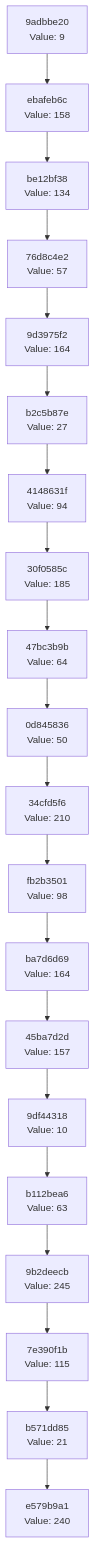
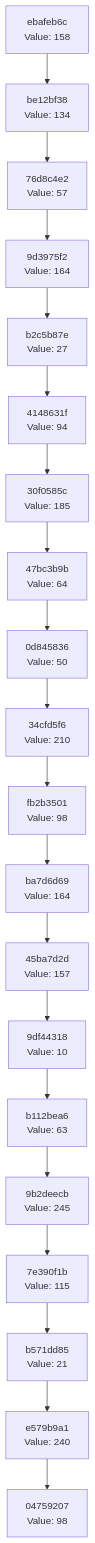
The diagram in docs/CHAIN_VISUALIZATION.md (Abhisheksinha1506/hash-chain-evolver), drawn with Mermaid before and after one commit. The commit also changed 2 other files, not shown here.

Commit message:
Evolution step: hash 0x62 → action executed

````diff
--- a/docs/CHAIN_VISUALIZATION.md
+++ b/docs/CHAIN_VISUALIZATION.md
@@ -3,42 +3,42 @@
 ```mermaid
 graph TD
-    C0["e579b9a1<br/>Value: 240"]
-    C1["b571dd85<br/>Value: 21"]
+    C0["04759207<br/>Value: 98"]
+    C1["e579b9a1<br/>Value: 240"]
     C1 --> C0
-    C2["7e390f1b<br/>Value: 115"]
+    C2["b571dd85<br/>Value: 21"]
     C2 --> C1
-    C3["9b2deecb<br/>Value: 245"]
+    C3["7e390f1b<br/>Value: 115"]
     C3 --> C2
-    C4["b112bea6<br/>Value: 63"]
+    C4["9b2deecb<br/>Value: 245"]
     C4 --> C3
-    C5["9df44318<br/>Value: 10"]
+    C5["b112bea6<br/>Value: 63"]
     C5 --> C4
-    C6["45ba7d2d<br/>Value: 157"]
+    C6["9df44318<br/>Value: 10"]
     C6 --> C5
-    C7["ba7d6d69<br/>Value: 164"]
+    C7["45ba7d2d<br/>Value: 157"]
     C7 --> C6
-    C8["fb2b3501<br/>Value: 98"]
+    C8["ba7d6d69<br/>Value: 164"]
     C8 --> C7
-    C9["34cfd5f6<br/>Value: 210"]
+    C9["fb2b3501<br/>Value: 98"]
     C9 --> C8
-    C10["0d845836<br/>Value: 50"]
+    C10["34cfd5f6<br/>Value: 210"]
     C10 --> C9
-    C11["47bc3b9b<br/>Value: 64"]
+    C11["0d845836<br/>Value: 50"]
     C11 --> C10
-    C12["30f0585c<br/>Value: 185"]
+    C12["47bc3b9b<br/>Value: 64"]
     C12 --> C11
-    C13["4148631f<br/>Value: 94"]
+    C13["30f0585c<br/>Value: 185"]
     C13 --> C12
-    C14["b2c5b87e<br/>Value: 27"]
+    C14["4148631f<br/>Value: 94"]
     C14 --> C13
-    C15["9d3975f2<br/>Value: 164"]
+    C15["b2c5b87e<br/>Value: 27"]
     C15 --> C14
-    C16["76d8c4e2<br/>Value: 57"]
+    C16["9d3975f2<br/>Value: 164"]
     C16 --> C15
-    C17["be12bf38<br/>Value: 134"]
+    C17["76d8c4e2<br/>Value: 57"]
     C17 --> C16
-    C18["ebafeb6c<br/>Value: 158"]
+    C18["be12bf38<br/>Value: 134"]
     C18 --> C17
-    C19["9adbbe20<br/>Value: 9"]
+    C19["ebafeb6c<br/>Value: 158"]
     C19 --> C18
 ```
````
